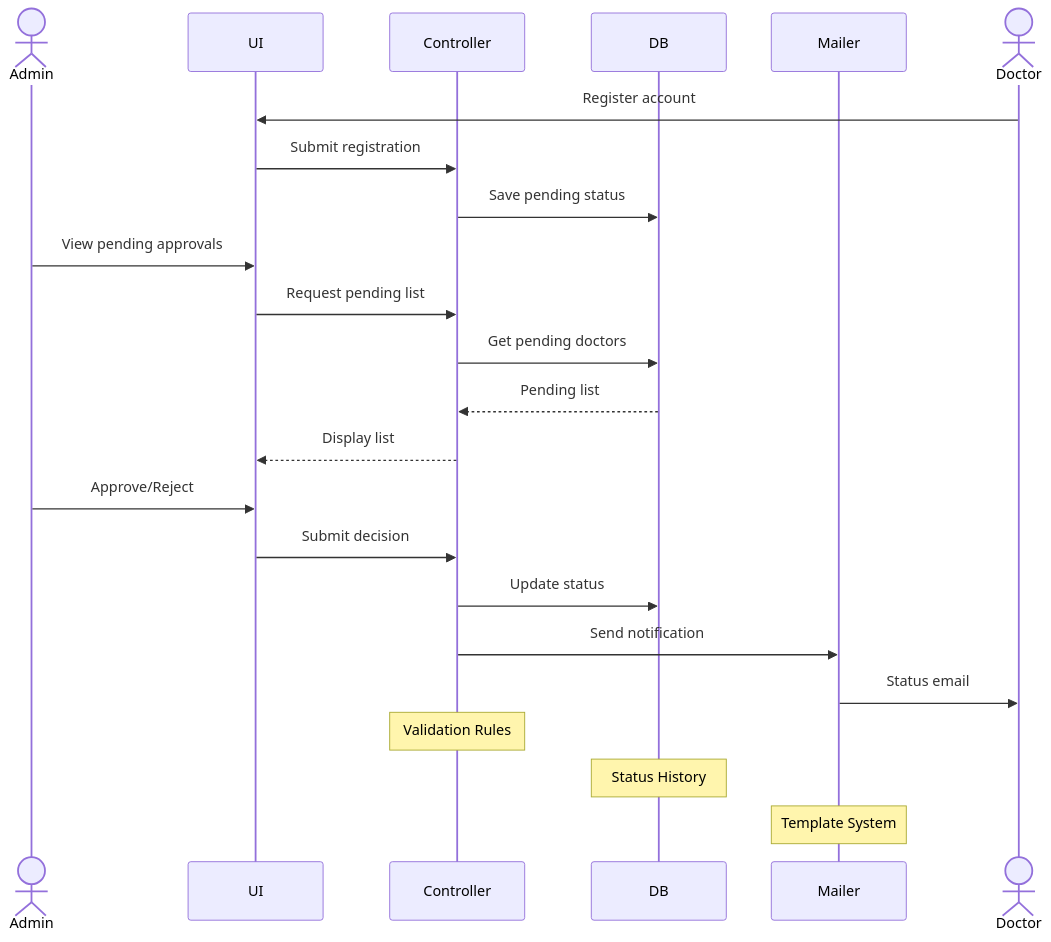
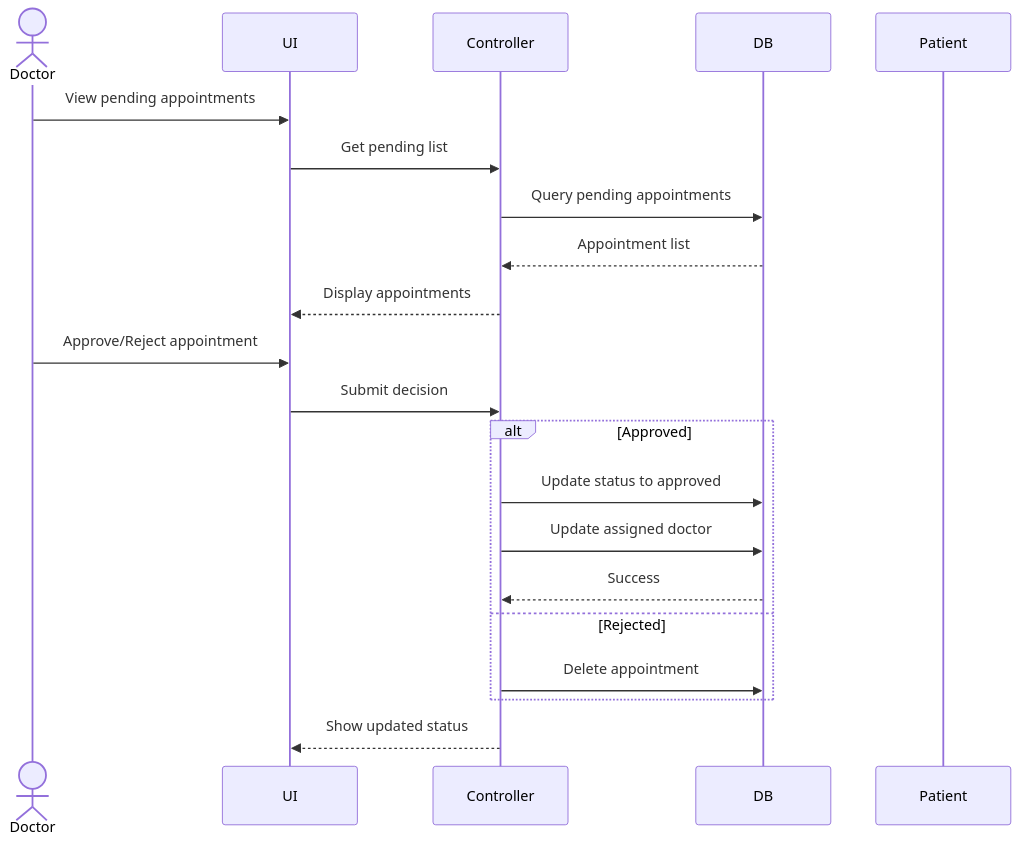
The second of 5 diagrams in docs/use-cases.md (SazPy/Hospital-Management), drawn with Mermaid before and after one commit. The commit also changed other lines of this file and 1 other file, not shown here.

````diff
--- a/docs/use-cases.md
+++ b/docs/use-cases.md
@@ -255,29 +129,27 @@
 ```mermaid
 sequenceDiagram
-    actor Admin
+    actor Doctor
     participant UI
     participant Controller
     participant DB
-    participant Mailer
-    actor Doctor
+    participant Patient
 
-    Doctor->>UI: Register account
-    UI->>Controller: Submit registration
-    Controller->>DB: Save pending status
+    Doctor->>UI: View pending appointments
+    UI->>Controller: Get pending list
+    Controller->>DB: Query pending appointments
+    DB-->>Controller: Appointment list
+    Controller-->>UI: Display appointments
+
+    Doctor->>UI: Approve/Reject appointment
+    UI->>Controller: Submit decision
     
-    Admin->>UI: View pending approvals
-    UI->>Controller: Request pending list
-    Controller->>DB: Get pending doctors
-    DB-->>Controller: Pending list
-    Controller-->>UI: Display list
+    alt Approved
+        Controller->>DB: Update status to approved
+        Controller->>DB: Update assigned doctor
+        DB-->>Controller: Success
+    else Rejected
+        Controller->>DB: Delete appointment
+    end
     
-    Admin->>UI: Approve/Reject
-    UI->>Controller: Submit decision
-    Controller->>DB: Update status
-    Controller->>Mailer: Send notification
-    Mailer->>Doctor: Status email
-
-    note over Controller: Validation Rules
-    note over DB: Status History
-    note over Mailer: Template System
+    Controller-->>UI: Show updated status
 ```
````
